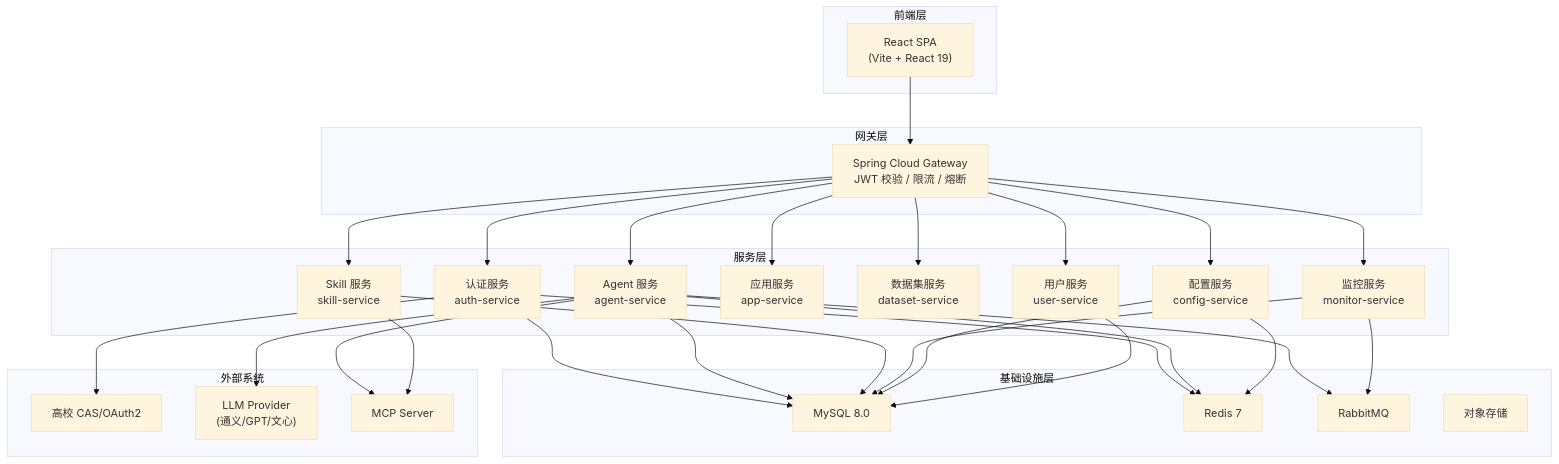
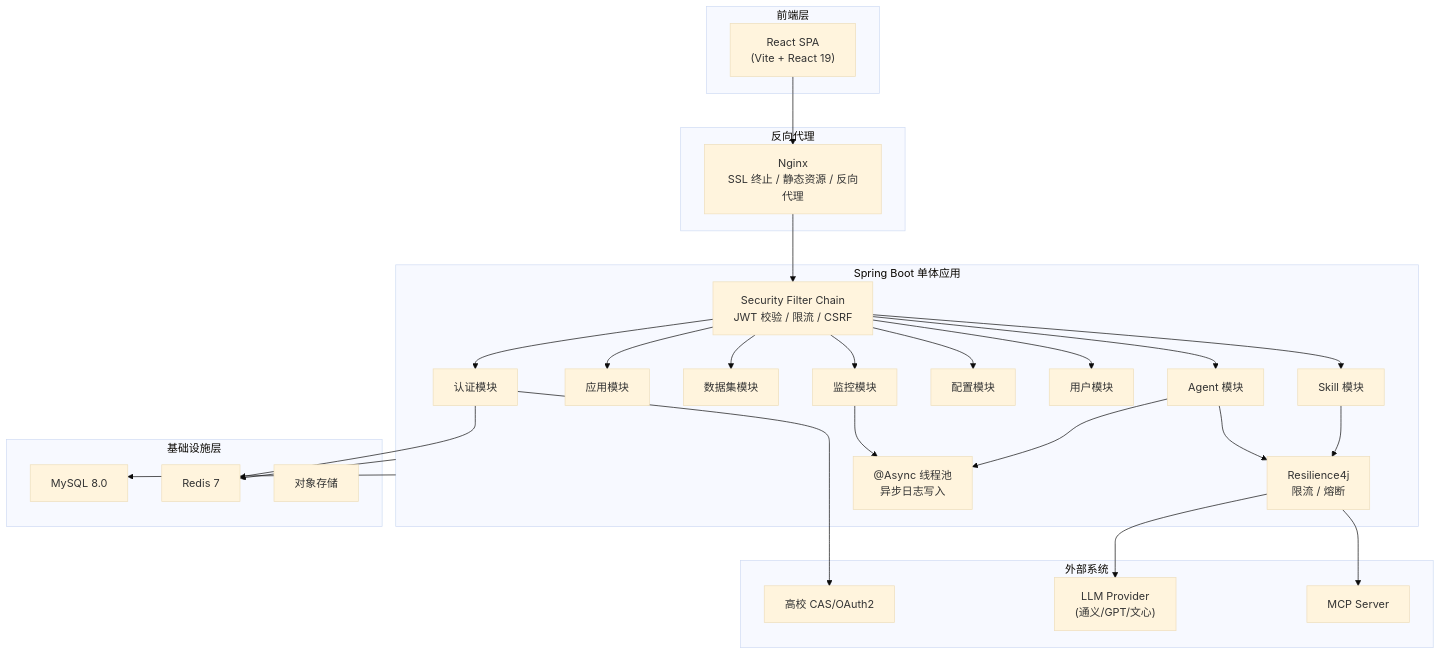
The first of 4 diagrams in docs/backend-architecture.md (WangDiGua/LantuConnect-Frontend), drawn with Mermaid (base theme) before and after one commit. The commit also changed other lines of this file, not shown here.

Commit message:
docs: 将后端架构从微服务改为 Spring Boot 单体架构
Made-with: Cursor

````diff
--- a/docs/backend-architecture.md
+++ b/docs/backend-architecture.md
@@ -49,60 +48,61 @@
 ```mermaid
 graph TB
     subgraph frontend [前端层]
         WebApp["React SPA<br/>(Vite + React 19)"]
     end
 
-    subgraph gateway [网关层]
-        GW["Spring Cloud Gateway<br/>JWT 校验 / 限流 / 熔断"]
+    subgraph nginx [反向代理]
+        NG["Nginx<br/>SSL 终止 / 静态资源 / 反向代理"]
     end
 
-    subgraph service [服务层]
-        AuthSvc["认证服务<br/>auth-service"]
-        AgentSvc["Agent 服务<br/>agent-service"]
-        SkillSvc["Skill 服务<br/>skill-service"]
-        AppSvc["应用服务<br/>app-service"]
-        DatasetSvc["数据集服务<br/>dataset-service"]
-        MonitorSvc["监控服务<br/>monitor-service"]
-        ConfigSvc["配置服务<br/>config-service"]
-        UserSvc["用户服务<br/>user-service"]
+    subgraph backend [Spring Boot 单体应用]
+        Filter["Security Filter Chain<br/>JWT 校验 / 限流 / CSRF"]
+        AuthMod["认证模块"]
+        AgentMod["Agent 模块"]
+        SkillMod["Skill 模块"]
+        AppMod["应用模块"]
+        DatasetMod["数据集模块"]
+        MonitorMod["监控模块"]
+        ConfigMod["配置模块"]
+        UserMod["用户模块"]
+        R4j["Resilience4j<br/>限流 / 熔断"]
+        Async["@Async 线程池<br/>异步日志写入"]
     end
 
     subgraph infra [基础设施层]
         MySQL["MySQL 8.0"]
         RD["Redis 7"]
-        MQ["RabbitMQ"]
         OSS["对象存储"]
     end
 
     subgraph external [外部系统]
         CAS["高校 CAS/OAuth2"]
         LLM["LLM Provider<br/>(通义/GPT/文心)"]
         MCP["MCP Server"]
     end
 
-    WebApp --> GW
-    GW --> AuthSvc
-    GW --> AgentSvc
-    GW --> SkillSvc
-    GW --> AppSvc
-    GW --> DatasetSvc
-    GW --> MonitorSvc
-    GW --> ConfigSvc
-    GW --> UserSvc
+    WebApp --> NG
+    NG --> Filter
+    Filter --> AuthMod
+    Filter --> AgentMod
+    Filter --> SkillMod
+    Filter --> AppMod
+    Filter --> DatasetMod
+    Filter --> MonitorMod
+    Filter --> ConfigMod
+    Filter --> UserMod
 
-    AuthSvc --> MySQL
-    AuthSvc --> RD
-    AuthSvc --> CAS
-    AgentSvc --> MySQL
-    AgentSvc --> RD
-    AgentSvc --> MQ
-    AgentSvc --> LLM
-    AgentSvc --> MCP
-    SkillSvc --> MySQL
-    SkillSvc --> MCP
-    MonitorSvc --> MySQL
-    MonitorSvc --> MQ
-    ConfigSvc --> MySQL
-    ConfigSvc --> RD
-    UserSvc --> MySQL
+    AgentMod --> R4j
+    SkillMod --> R4j
+    R4j --> LLM
+    R4j --> MCP
+
+    MonitorMod --> Async
+    AgentMod --> Async
+
+    AuthMod --> CAS
+    AuthMod --> RD
+
+    backend --> MySQL
+    backend --> RD
 ```
````
